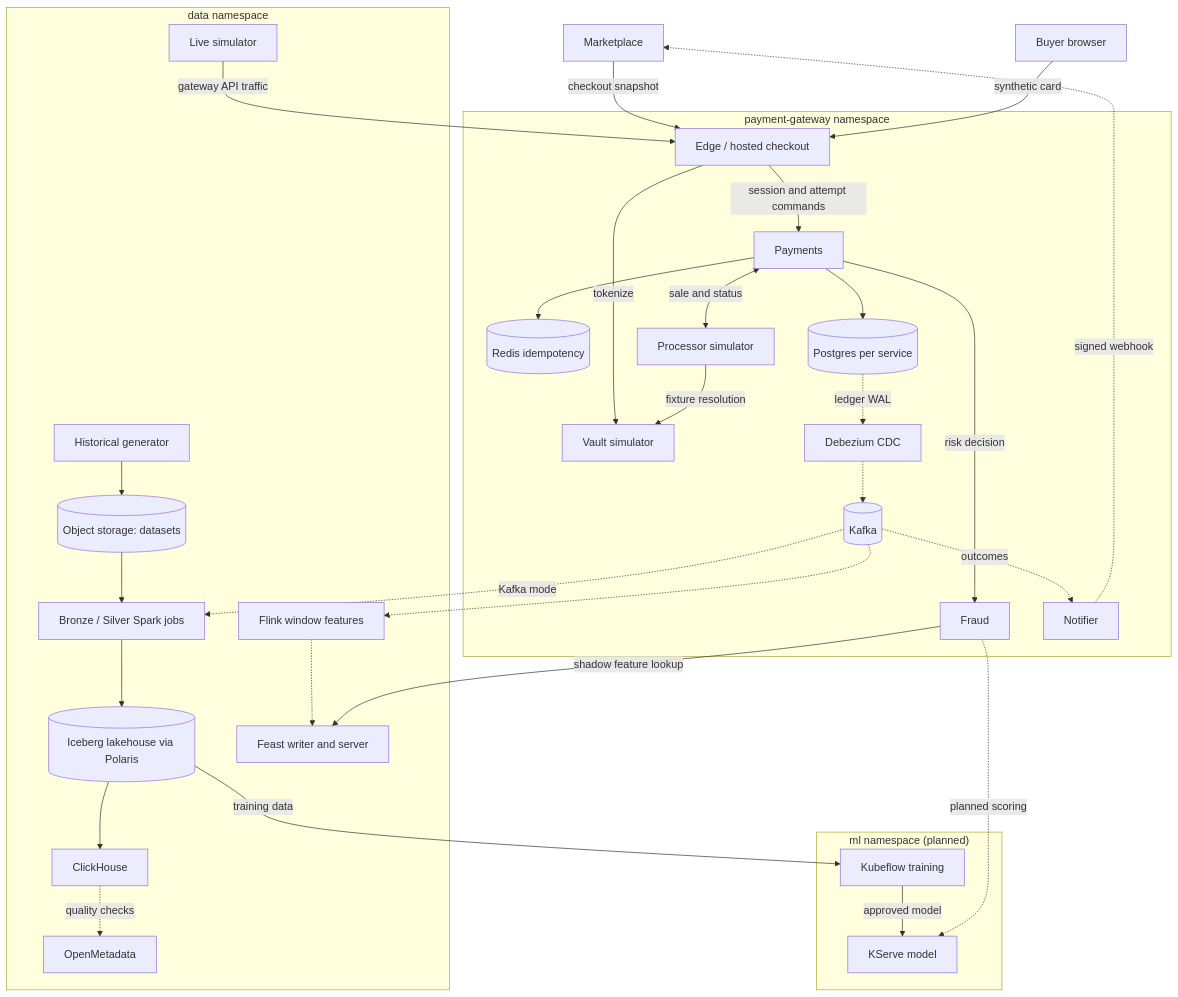
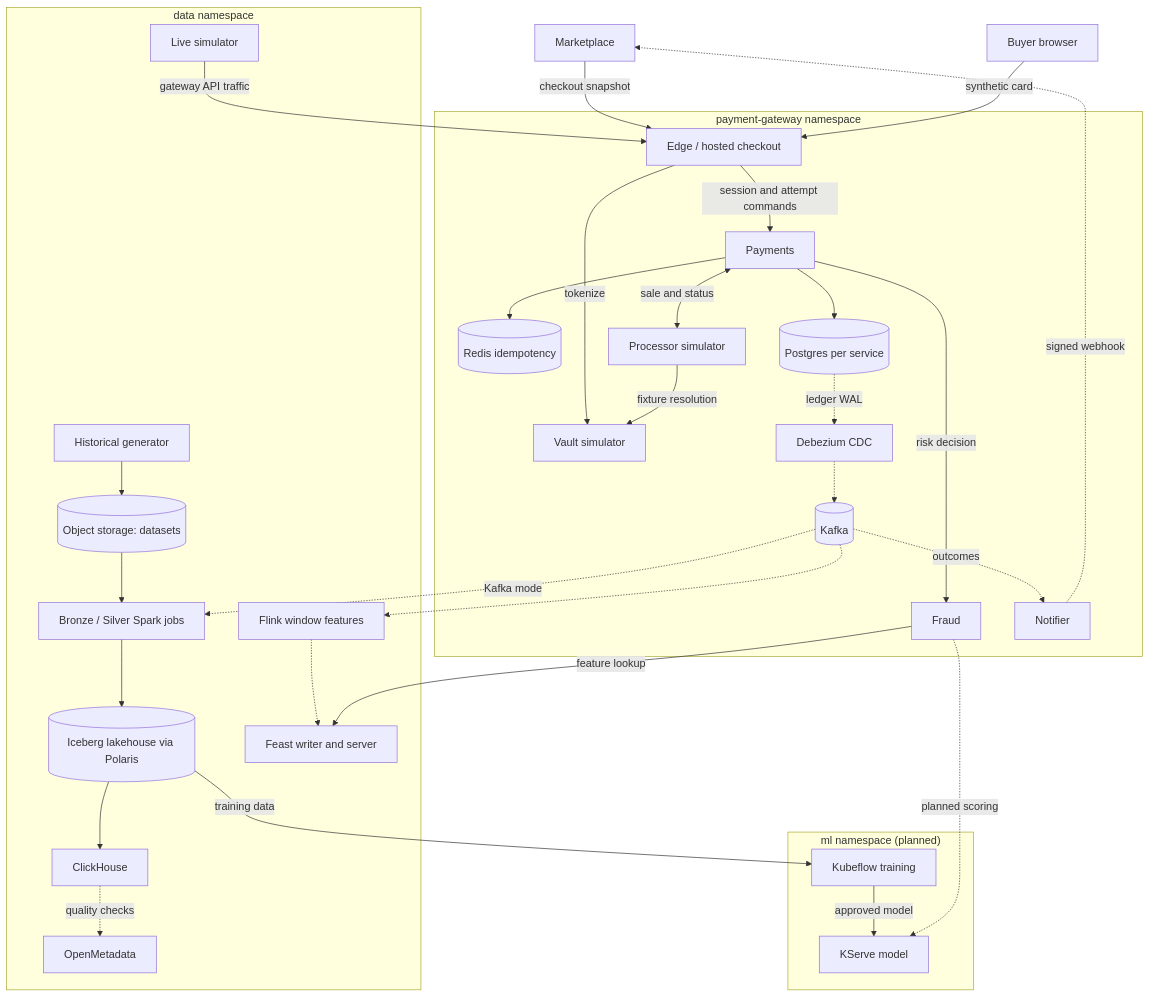
One commit to phuchoang2603/payment-gateway-fraud-detection changed the diagram in docs/Home.md. Above: the diagram before and after it, drawn with Mermaid. The commit also changed other lines of this file and 16 other files, not shown here.

````diff
--- a/docs/Home.md
+++ b/docs/Home.md
@@ -57,58 +57,58 @@
 ```mermaid
 flowchart TB
     M["Marketplace"]
     B["Buyer browser"]
     subgraph gateway["payment-gateway namespace"]
         E["Edge / hosted checkout"]
         V["Vault simulator"]
         P["Payments"]
         R[("Redis idempotency")]
         PG[("Postgres per service")]
         F["Fraud"]
         X["Processor simulator"]
         C["Debezium CDC"]
         K[("Kafka")]
         N["Notifier"]
     end
     subgraph data["data namespace"]
         G["Historical generator"]
         L["Live simulator"]
         S3[("Object storage: datasets")]
         BR["Bronze / Silver Spark jobs"]
         IC[("Iceberg lakehouse via Polaris")]
         CH["ClickHouse"]
         OM["OpenMetadata"]
         FL["Flink window features"]
         FE["Feast writer and server"]
     end
     subgraph ml["ml namespace (planned)"]
         TR["Kubeflow training"]
         KS["KServe model"]
     end
     M -->|"checkout snapshot"| E
     B -->|"synthetic card"| E
     E -->|"tokenize"| V
     E -->|"session and attempt commands"| P
     P --> R
     P --> PG
     P -->|"risk decision"| F
     P <-->|"sale and status"| X
     X -->|"fixture resolution"| V
     PG -.->|"ledger WAL"| C
     C -.-> K
     K -.->|"outcomes"| N
     N -.->|"signed webhook"| M
     L -->|"gateway API traffic"| E
     G --> S3
     S3 --> BR
     K -.->|"Kafka mode"| BR
     BR --> IC
     IC --> CH
     CH -.->|"quality checks"| OM
     K -.-> FL
     FL -.-> FE
-    F -->|"shadow feature lookup"| FE
+    F -->|"feature lookup"| FE
     IC -->|"training data"| TR
     TR -->|"approved model"| KS
     F -.->|"planned scoring"| KS
 ```
````
